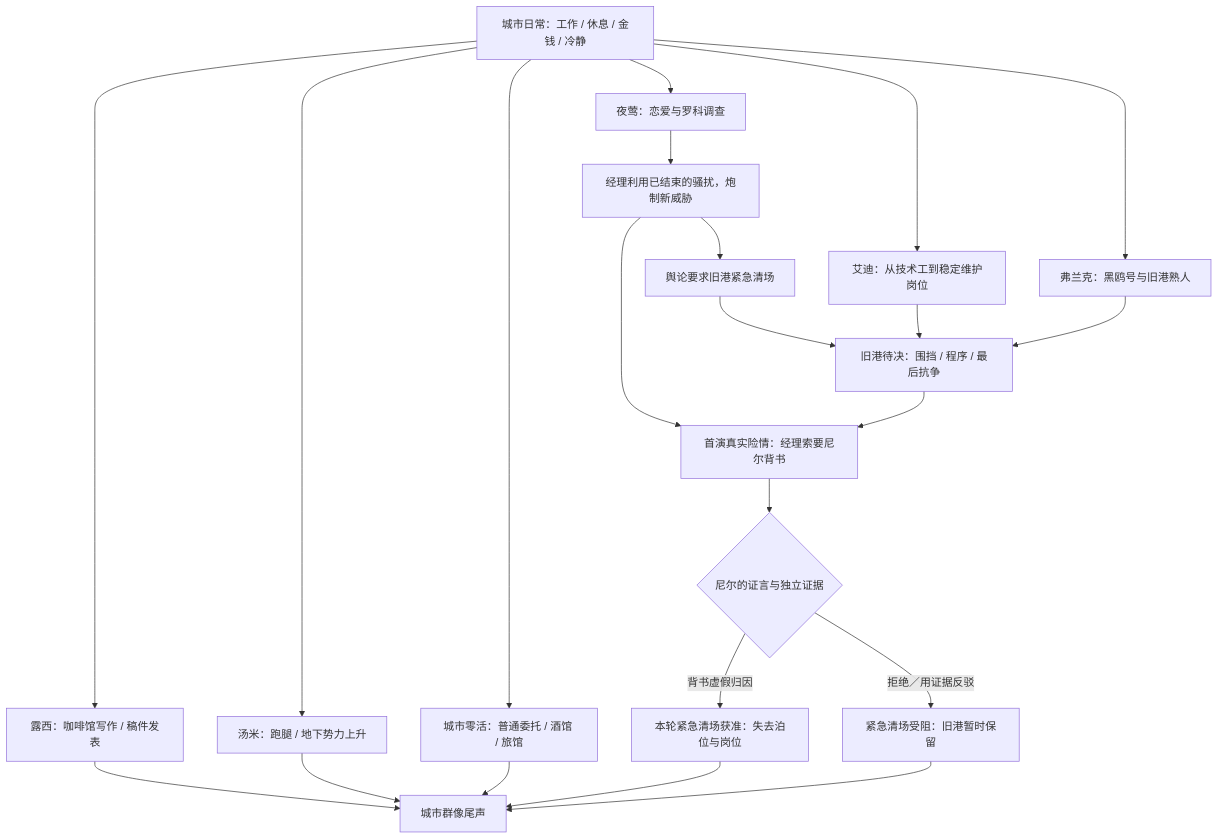
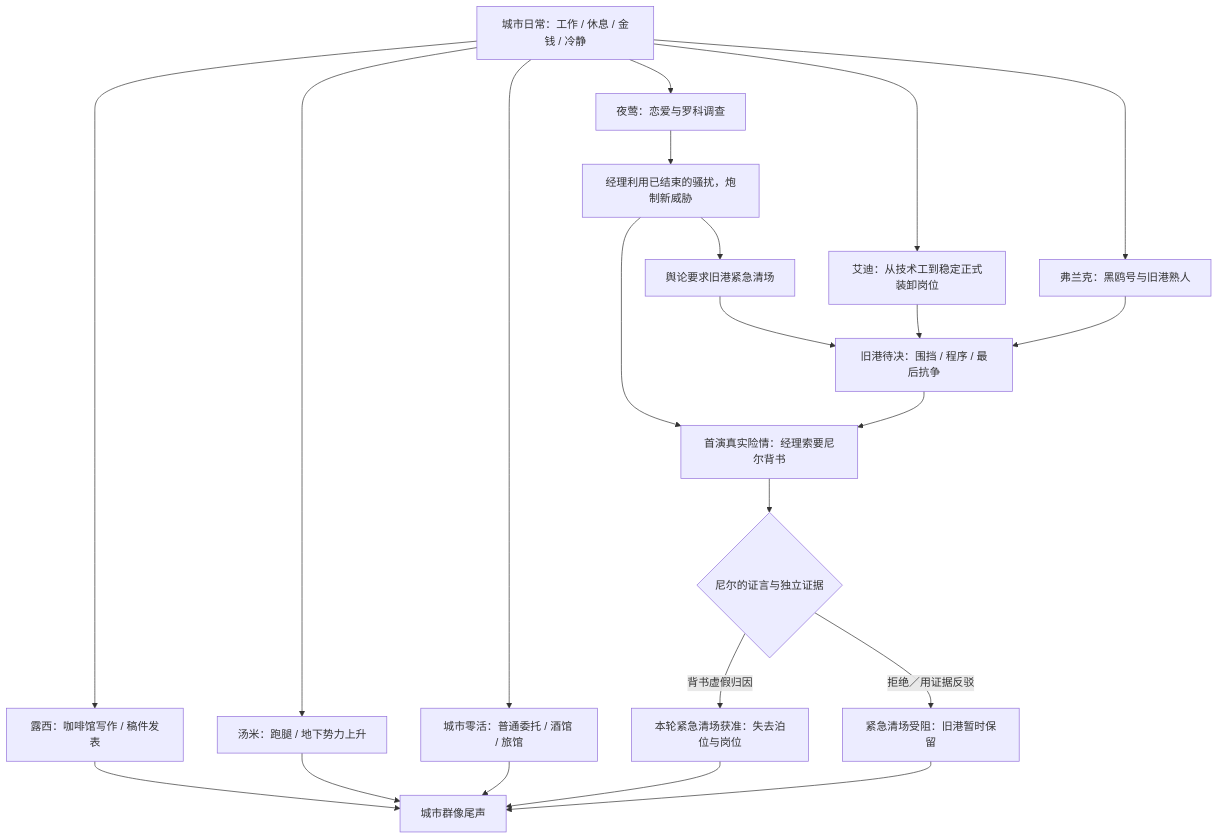
The first of 2 diagrams in docs/章节/第一章/详细设计/01_内容网络与世界进程.md (guopanqi/ssnoir), drawn with Mermaid before and after one commit. The commit also changed other lines of this file and 1454 other files, not shown here.

````diff
--- a/docs/章节/第一章/详细设计/01_内容网络与世界进程.md
+++ b/docs/章节/第一章/详细设计/01_内容网络与世界进程.md
@@ -11,25 +11,25 @@
 ```mermaid
 flowchart TD
   START["城市日常：工作 / 休息 / 金钱 / 冷静"]
   START --> N["夜莺：恋爱与罗科调查"]
-  START --> E["艾迪：从技术工到稳定维护岗位"]
+  START --> E["艾迪：从技术工到稳定正式装卸岗位"]
   START --> L["露西：咖啡馆写作 / 稿件发表"]
   START --> F["弗兰克：黑鸥号与旧港熟人"]
   START --> T["汤米：跑腿 / 地下势力上升"]
   START --> JOB["城市零活：普通委托 / 酒馆 / 旅馆"]
   N --> N2["经理利用已结束的骚扰，炮制新威胁"]
   N2 --> PRESS["舆论要求旧港紧急清场"]
   PRESS --> WARN["旧港待决：围挡 / 程序 / 最后抗争"]
   E --> WARN
   F --> WARN
   N2 --> PREMIERE["首演真实险情：经理索要尼尔背书"]
   WARN --> PREMIERE
   PREMIERE --> DECISION{"尼尔的证言与独立证据"}
   DECISION -->|"背书虚假归因"| CLOSE["本轮紧急清场获准：失去泊位与岗位"]
   DECISION -->|"拒绝／用证据反驳"| HOLD["紧急清场受阻：旧港暂时保留"]
   L --> END["城市群像尾声"]
   T --> END
   JOB --> END
   CLOSE --> END
   HOLD --> END
 ```
````
